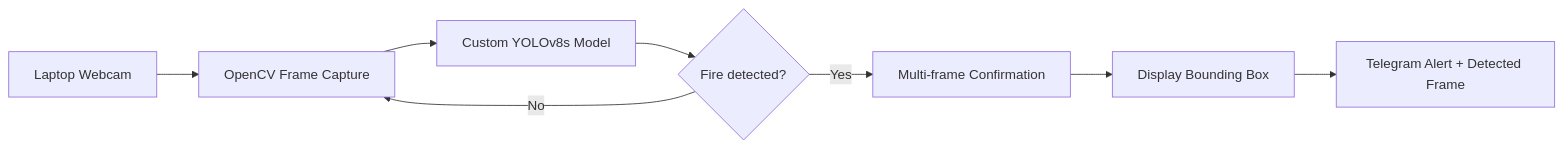
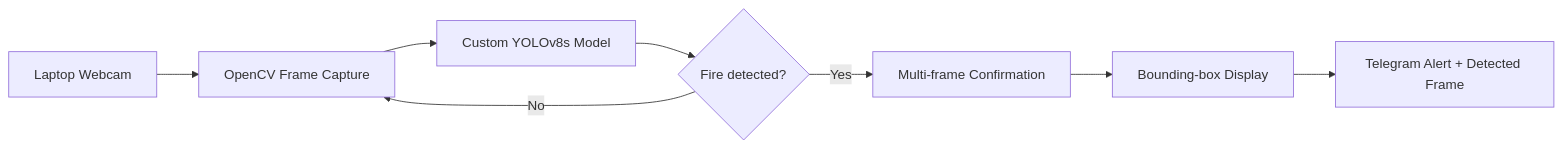
Before and after one commit to loido0806/real-time-fire-detection-yolov8: the diagram in README.md, drawn with Mermaid. The commit also changed other lines of this file and 12 other files, not shown here.

````diff
--- a/README.md
+++ b/README.md
@@ -16,10 +14,10 @@
 ```mermaid
 flowchart LR
     A[Laptop Webcam] --> B[OpenCV Frame Capture]
     B --> C[Custom YOLOv8s Model]
     C --> D{Fire detected?}
     D -- No --> B
     D -- Yes --> E[Multi-frame Confirmation]
-    E --> F[Display Bounding Box]
+    E --> F[Bounding-box Display]
     F --> G[Telegram Alert + Detected Frame]
 ```
````
